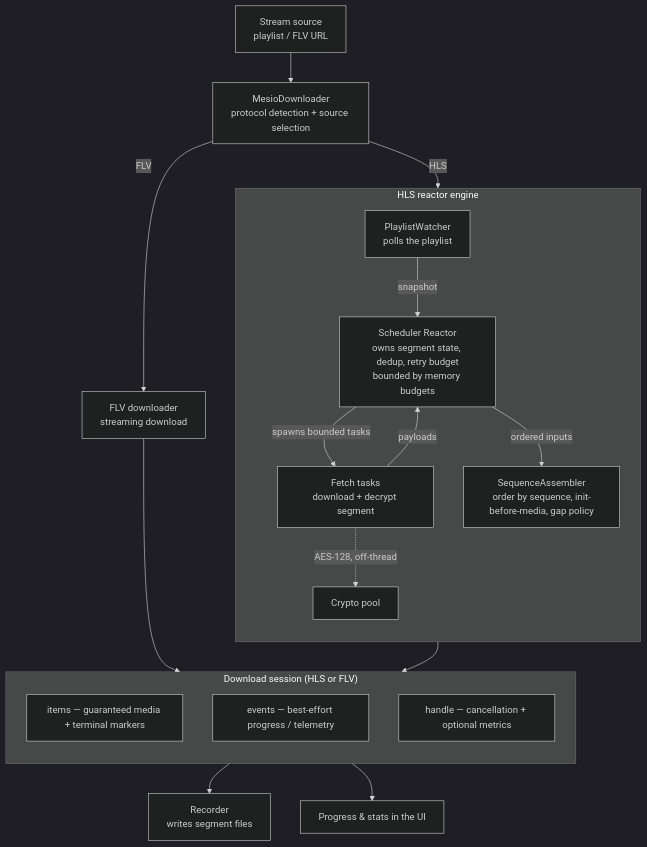
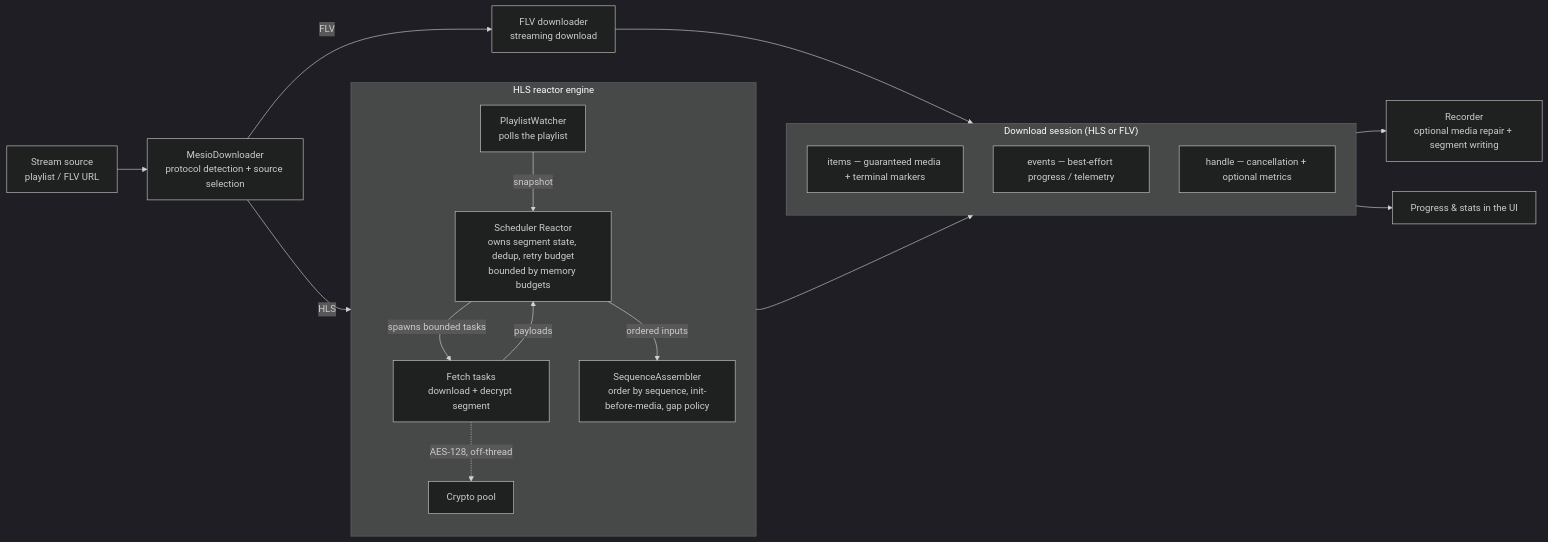
Before and after one commit to hua0512/rust-srec: the diagram in rust-srec/docs/en/concepts/mesio.md, drawn with Mermaid (dark theme). The commit also changed other lines of this file and 61 other files, not shown here.

````diff
--- a/rust-srec/docs/en/concepts/mesio.md
+++ b/rust-srec/docs/en/concepts/mesio.md
@@ -9,28 +9,28 @@
 ```mermaid
-flowchart TB
+flowchart LR
   SRC[Stream source<br/>playlist / FLV URL] --> MD[MesioDownloader<br/>protocol detection + source selection]
   FLV[FLV downloader<br/>streaming download]
 
   subgraph HLS["HLS reactor engine"]
     direction TB
     PW[PlaylistWatcher<br/>polls the playlist] -->|snapshot| RX[Scheduler Reactor<br/>owns segment state, dedup, retry budget<br/>bounded by memory budgets]
     RX -->|spawns bounded tasks| FT[Fetch tasks<br/>download + decrypt segment]
     FT -. AES-128, off-thread .-> CR[Crypto pool]
     FT -->|payloads| RX
     RX -->|ordered inputs| AS[SequenceAssembler<br/>order by sequence, init-before-media, gap policy]
   end
 
   subgraph SESS["Download session (HLS or FLV)"]
     direction TB
     ITEMS["items — guaranteed media + terminal markers"]
     EVENTS["events — best-effort progress / telemetry"]
     HANDLE["handle — cancellation + optional metrics"]
   end
 
   MD -->|HLS| PW
   MD -->|FLV| FLV
   AS --> SESS
   FLV --> SESS
-  ITEMS --> REC[Recorder<br/>writes segment files]
+  ITEMS --> REC[Recorder<br/>optional media repair + segment writing]
   EVENTS --> UI[Progress &amp; stats in the UI]
 ```
````
